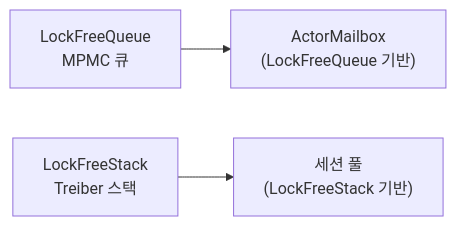
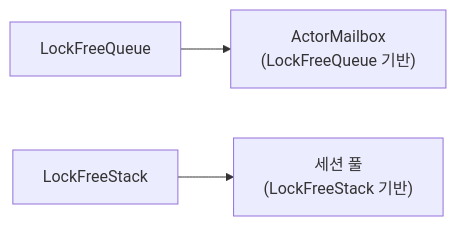
Before and after one commit to jch5158/DH1_MMORPG: the third of 10 diagrams in README.md, drawn with Mermaid. The commit also changed other lines of this file and 1 other file, not shown here.

First line of the commit message:
docs: 인트로 다이어그램 확장, Actor Model 행 분리, HTTPS 변경, Lock-free 라벨 정리, PDF 동기화

````diff
--- a/README.md
+++ b/README.md
@@ -76,10 +107,10 @@
 ```mermaid
 flowchart LR
-    LFQ["LockFreeQueue\nMPMC 큐"]
-    LFS["LockFreeStack\nTreiber 스택"]
+    LFQ["LockFreeQueue"]
+    LFS["LockFreeStack"]
     MB["ActorMailbox\n(LockFreeQueue 기반)"]
     SP["세션 풀\n(LockFreeStack 기반)"]
 
     LFQ --> MB
     LFS --> SP
 ```
````
